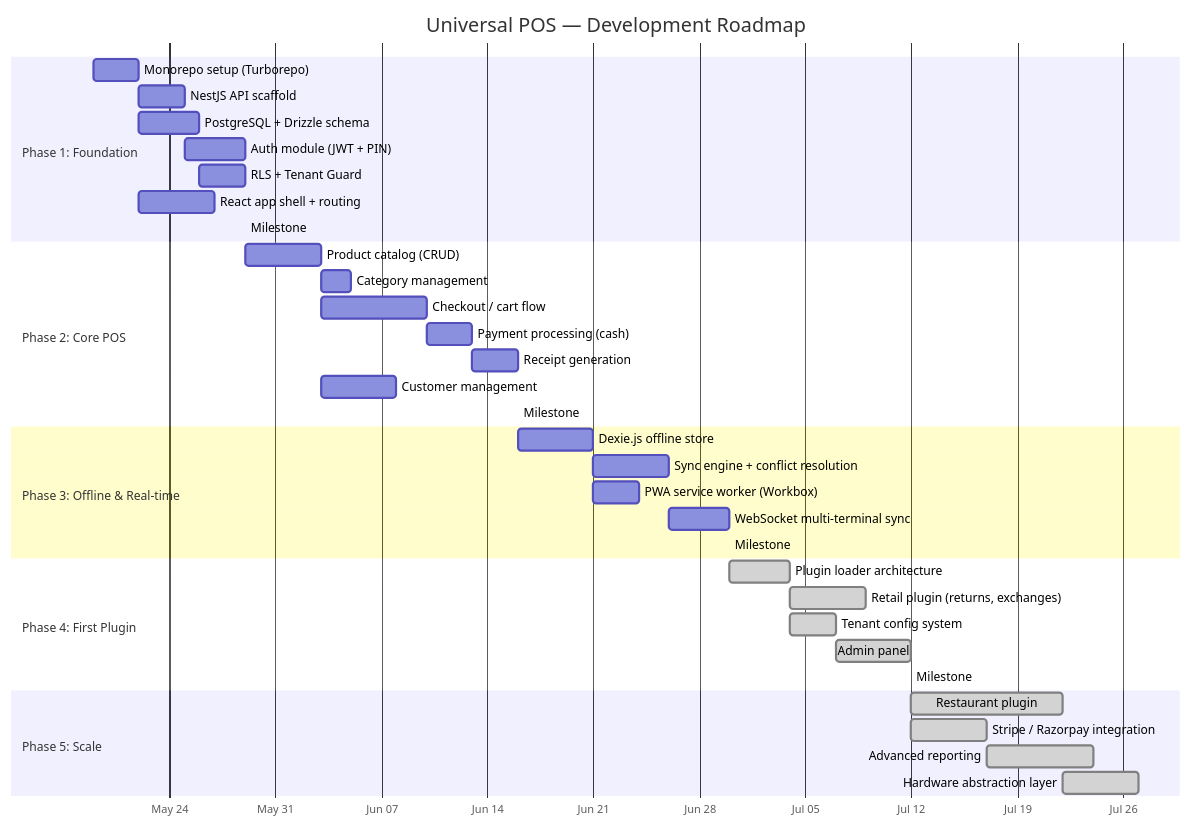
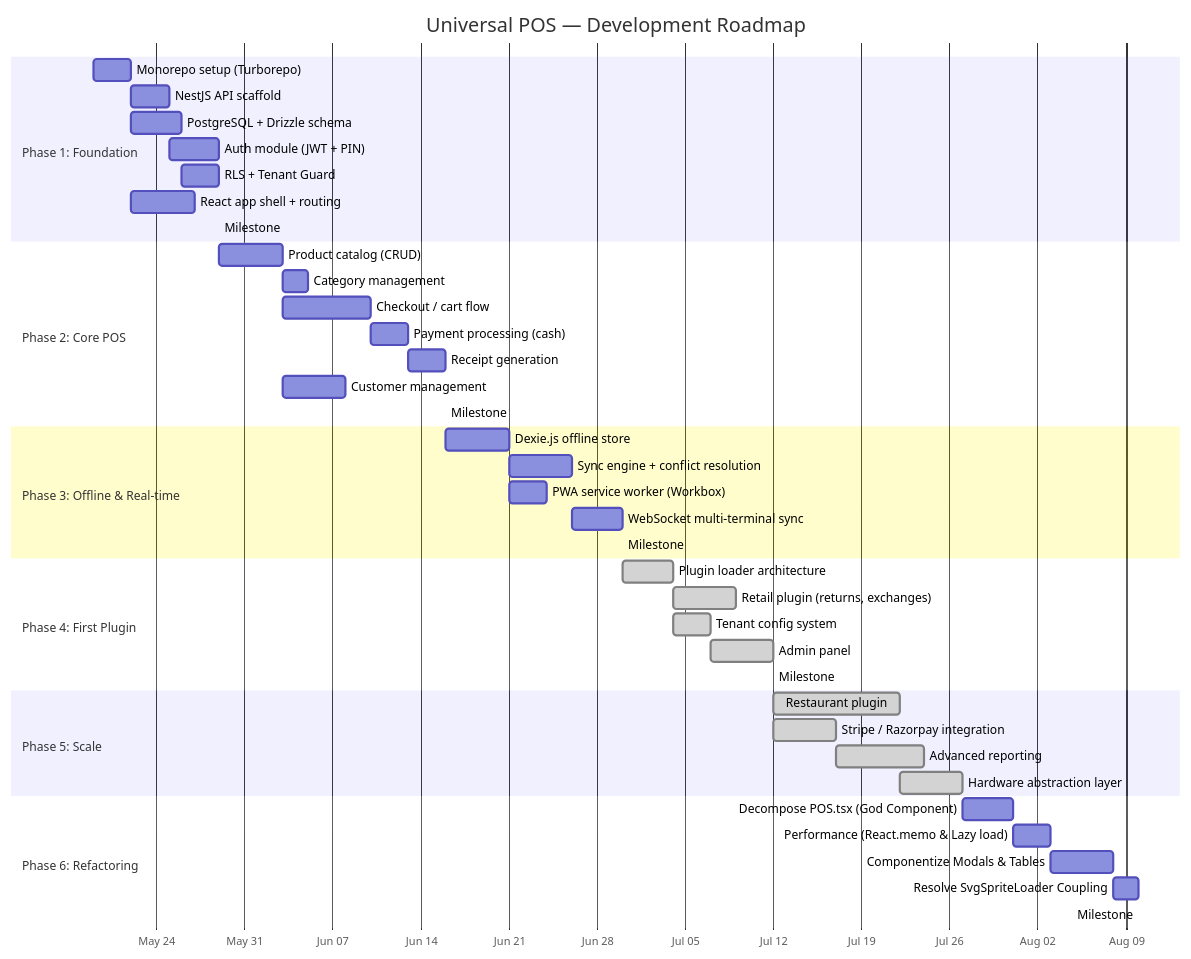
The diagram in docs/universal_pos_project_hub.md (asif7774/Universal-POS), drawn with Mermaid before and after one commit. The commit also changed other lines of this file, not shown here.

Commit message:
docs: Add Phase 6 Refactoring & Polish to roadmap

````diff
--- a/docs/universal_pos_project_hub.md
+++ b/docs/universal_pos_project_hub.md
@@ -282,44 +282,50 @@
 ```mermaid
 gantt
     title Universal POS — Development Roadmap
     dateFormat  YYYY-MM-DD
     axisFormat  %b %d
 
     section Phase 1: Foundation
     Monorepo setup (Turborepo)           :p1a, 2026-05-19, 3d
     NestJS API scaffold                  :p1b, after p1a, 3d
     PostgreSQL + Drizzle schema          :p1c, after p1a, 4d
     Auth module (JWT + PIN)              :p1d, after p1b, 4d
     RLS + Tenant Guard                   :p1e, after p1c, 3d
     React app shell + routing            :p1f, after p1a, 5d
     Milestone: Foundation Ready          :milestone, after p1e, 0d
 
     section Phase 2: Core POS
     Product catalog (CRUD)               :p2a, after p1e, 5d
     Category management                  :p2b, after p2a, 2d
     Checkout / cart flow                  :p2c, after p2a, 7d
     Payment processing (cash)            :p2d, after p2c, 3d
     Receipt generation                   :p2e, after p2d, 3d
     Customer management                  :p2f, after p2a, 5d
     Milestone: Core POS Working          :milestone, after p2e, 0d
 
     section Phase 3: Offline & Real-time
     Dexie.js offline store               :p3a, after p2e, 5d
     Sync engine + conflict resolution    :p3b, after p3a, 5d
     PWA service worker (Workbox)         :p3c, after p3a, 3d
     WebSocket multi-terminal sync        :p3d, after p3b, 4d
     Milestone: Offline-First Complete    :milestone, after p3d, 0d
 
     section Phase 4: First Plugin
     Plugin loader architecture           :done, p4a, after p3d, 4d
     Retail plugin (returns, exchanges)   :done, p4b, after p4a, 5d
     Tenant config system                 :done, p4c, after p4a, 3d
     Admin panel                          :done, p4d, after p4c, 5d
     Milestone: MVP Ready                 :milestone, after p4d, 0d
 
     section Phase 5: Scale
     Restaurant plugin                    :done, p5a, after p4d, 10d
     Stripe / Razorpay integration        :done, p5b, after p4d, 5d
     Advanced reporting                   :done, p5c, after p5b, 7d
     Hardware abstraction layer           :done, p5d, after p5a, 5d
+    section Phase 6: Refactoring
+    Decompose POS.tsx (God Component)    :p6a, after p5d, 4d
+    Performance (React.memo & Lazy load) :p6b, after p6a, 3d
+    Componentize Modals & Tables         :p6c, after p6b, 5d
+    Resolve SvgSpriteLoader Coupling     :p6d, after p6c, 2d
+    Milestone: Prod Ready                :milestone, after p6d, 0d
 ```
````
